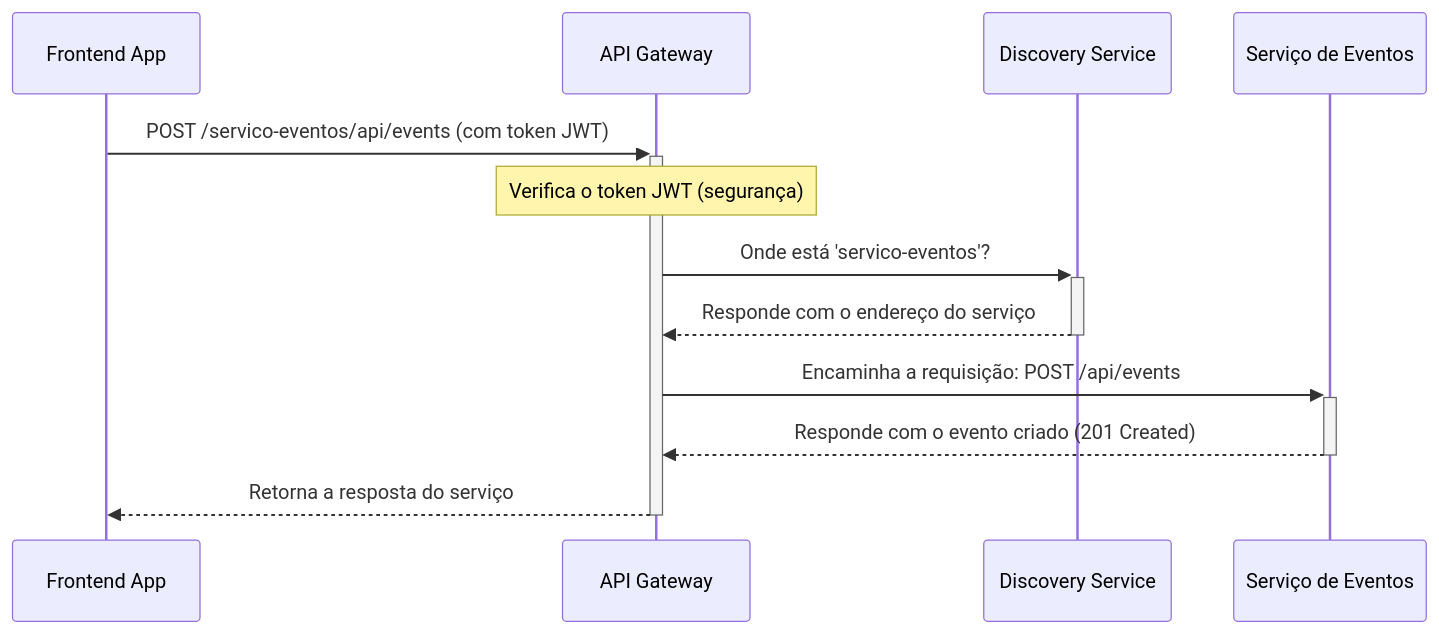
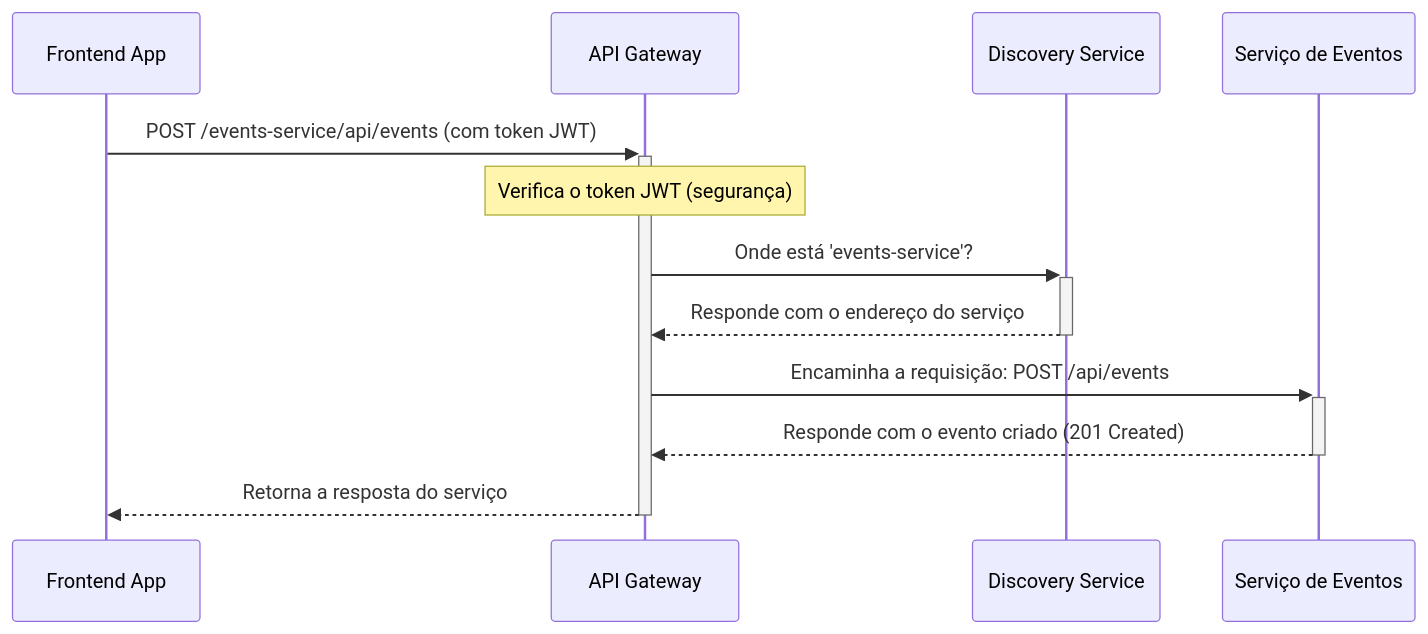
The diagram in api-gateway/README.md (guilhermeariza/ticket-system), drawn with Mermaid before and after one commit. The commit also changed 108 other files, not shown here.

First line of the commit message:
refactor: rename servico-eventos to events-service and servico-pedidos to orders-service

````diff
--- a/api-gateway/README.md
+++ b/api-gateway/README.md
@@ -19,15 +19,15 @@
 ```mermaid
 sequenceDiagram
     participant FE as Frontend App
     participant GW as API Gateway
     participant DS as Discovery Service
     participant ES as Serviço de Eventos
 
-    FE->>+GW: POST /servico-eventos/api/events (com token JWT)
+    FE->>+GW: POST /events-service/api/events (com token JWT)
     Note over GW: Verifica o token JWT (segurança)
-    GW->>+DS: Onde está 'servico-eventos'?
+    GW->>+DS: Onde está 'events-service'?
     DS-->>-GW: Responde com o endereço do serviço
     GW->>+ES: Encaminha a requisição: POST /api/events
     ES-->>-GW: Responde com o evento criado (201 Created)
     GW-->>-FE: Retorna a resposta do serviço
 ```
````
